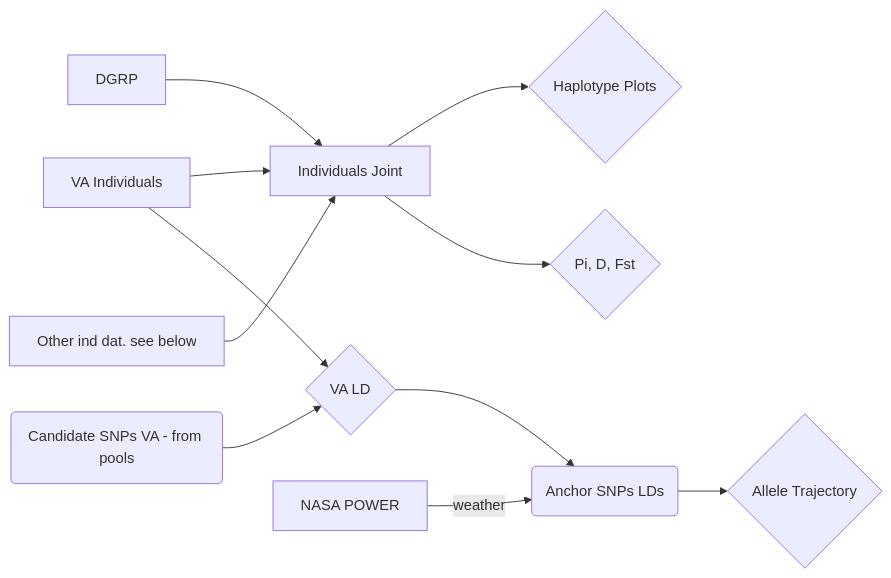
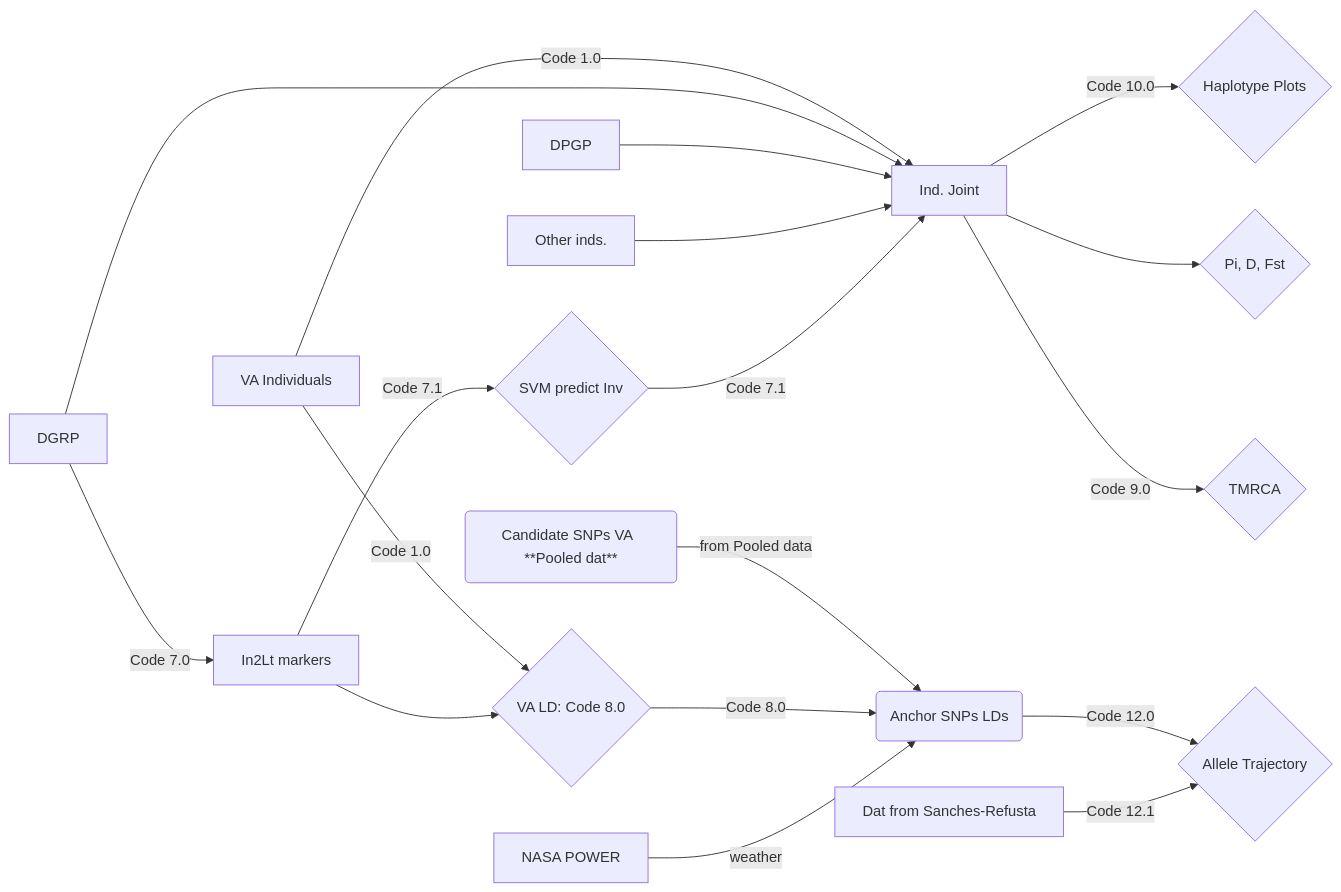
Before and after one commit to Jcbnunez/Cville-Seasonality-2016-2019: the second of 3 diagrams in README.md, drawn with Mermaid. The commit also changed other lines of this file and 1283 other files, not shown here.

````diff
--- a/README.md
+++ b/README.md
@@ -31,14 +33,22 @@
 ```mermaid
 graph LR
-00[Individuals Joint]
-AA[VA Individuals] --> 00
+00[Ind. Joint]
+AA[VA Individuals] --Code 1.0--> 00
 BB[DGRP] --> 00
-CC[Other ind dat. see below] --> 00
-00 --> 22{Haplotype Plots}
+DD[DPGP] --> 00
+CC[Other inds.] --> 00
+00 --Code 10.0--> 22{Haplotype Plots}
 00 --> 11{Pi, D, Fst}
-AA --> 33{VA LD}
-zz(Candidate SNPs VA - from pools) --> 33
-33 --> 44(Anchor SNPs LDs)
-44 --> qq{Allele Trajectory}
+00 --Code 9.0--> 66{TMRCA}
+AA --Code 1.0--> 33{VA LD: Code 8.0}
+zz(Candidate SNPs VA  **Pooled dat**) --from Pooled data--> 44
+33 --Code 8.0--> 44(Anchor SNPs LDs)
+44 --Code 12.0--> qq{Allele Trajectory}
+99[Dat from Sanches-Refusta] --Code 12.1--> qq
 F[NASA POWER] --weather--> 44
+BB --Code 7.0--> pp[In2Lt markers]
+pp --> 33
+kk{SVM predict Inv}
+kk --Code 7.1--> 00
+pp --Code 7.1--> kk 
 ```
````
